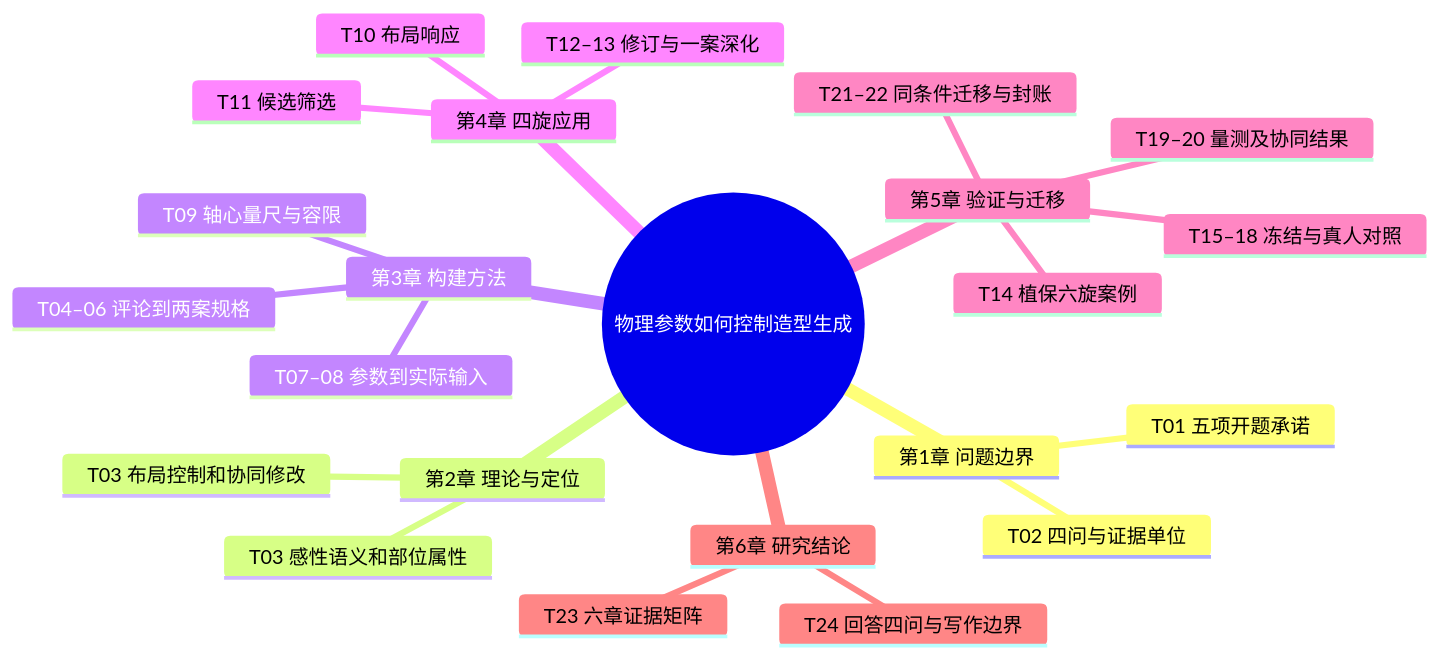
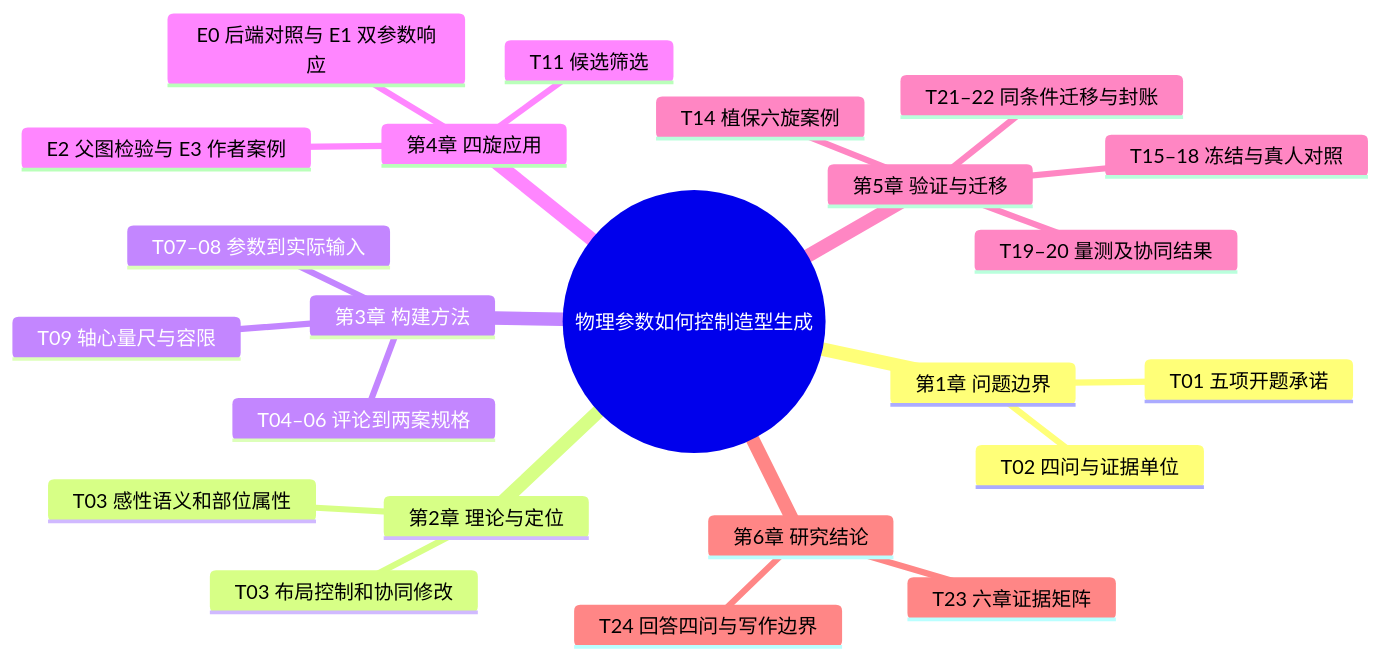
Before and after one commit to Freeloop993/paper: the diagram in docs/execution-playbook.md, drawn with Mermaid. The commit also changed other lines of this file and 13 other files, not shown here.

````diff
--- a/docs/execution-playbook.md
+++ b/docs/execution-playbook.md
@@ -40,26 +32,26 @@
 ```mermaid
 mindmap
   root((物理参数如何控制造型生成))
     第1章 问题边界
       T01 五项开题承诺
       T02 四问与证据单位
     第2章 理论与定位
       T03 感性语义和部位属性
       T03 布局控制和协同修改
     第3章 构建方法
       T04–06 评论到两案规格
       T07–08 参数到实际输入
       T09 轴心量尺与容限
     第4章 四旋应用
-      T10 布局响应
+      E0 后端对照与 E1 双参数响应
       T11 候选筛选
-      T12–13 修订与一案深化
+      E2 父图检验与 E3 作者案例
     第5章 验证与迁移
       T14 植保六旋案例
       T15–18 冻结与真人对照
       T19–20 量测及协同结果
       T21–22 同条件迁移与封账
     第6章 研究结论
       T23 六章证据矩阵
       T24 回答四问与写作边界
 ```
````
